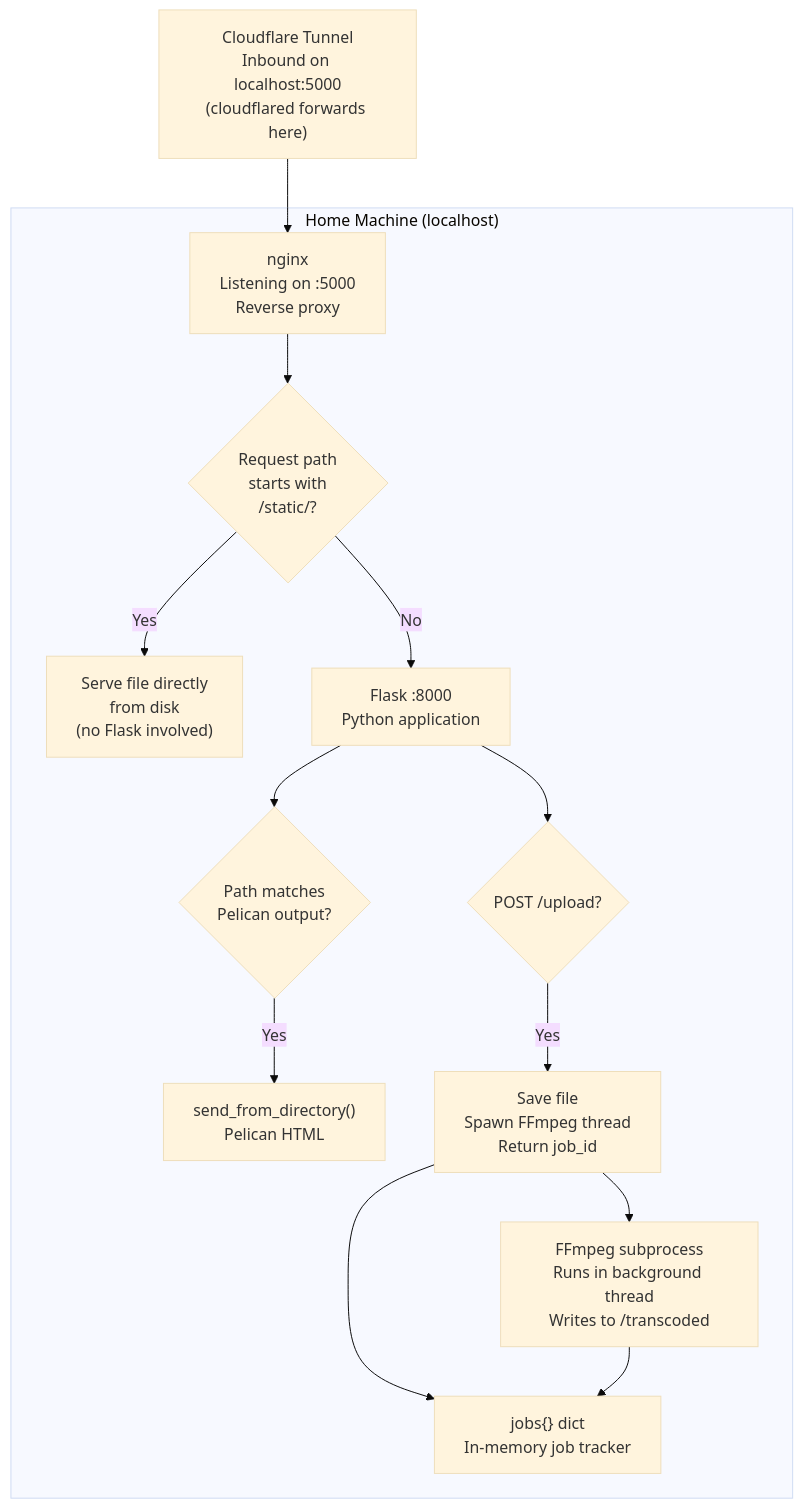
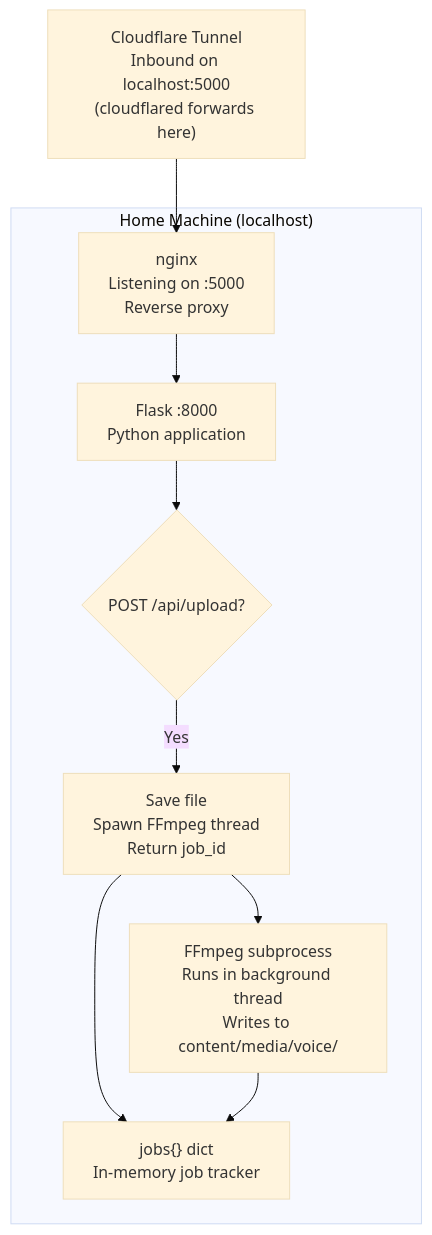
One commit to eloise-normal-name/eloise.rip changed the fourth of 6 diagrams in docs/audio-pipeline/audio-pipeline-docs.md. Above: the diagram before and after it, drawn with Mermaid (base theme). The commit also changed other lines of this file and 5 other files, not shown here.

````diff
--- a/docs/audio-pipeline/audio-pipeline-docs.md
+++ b/docs/audio-pipeline/audio-pipeline-docs.md
@@ -145,29 +155,21 @@
 ```mermaid
 graph TD
     Tunnel["Cloudflare Tunnel\nInbound on localhost:5000\n(cloudflared forwards here)"]
 
     subgraph "Home Machine (localhost)"
         nginx["nginx\nListening on :5000\nReverse proxy"]
-        StaticCheck{"Request path\nstarts with\n/static/?"}
-        ServeStatic["Serve file directly\nfrom disk\n(no Flask involved)"]
         Flask["Flask :8000\nPython application"]
-        PelicanCheck{"Path matches\nPelican output?"}
-        UploadCheck{"POST /upload?"}
-        ServeHTML["send_from_directory()\nPelican HTML"]
+        UploadCheck{"POST /api/upload?"}
         HandleUpload["Save file\nSpawn FFmpeg thread\nReturn job_id"]
-        FFmpeg["FFmpeg subprocess\nRuns in background thread\nWrites to /transcoded"]
+        FFmpeg["FFmpeg subprocess\nRuns in background thread\nWrites to content/media/voice/"]
         Jobs["jobs{} dict\nIn-memory job tracker"]
     end
 
     Tunnel --> nginx
-    nginx --> StaticCheck
-    StaticCheck -->|"Yes"| ServeStatic
-    StaticCheck -->|"No"| Flask
-    Flask --> PelicanCheck
+    nginx --> Flask
     Flask --> UploadCheck
-    PelicanCheck -->|"Yes"| ServeHTML
     UploadCheck -->|"Yes"| HandleUpload
     HandleUpload --> FFmpeg
     HandleUpload --> Jobs
     FFmpeg --> Jobs
 ```
````
